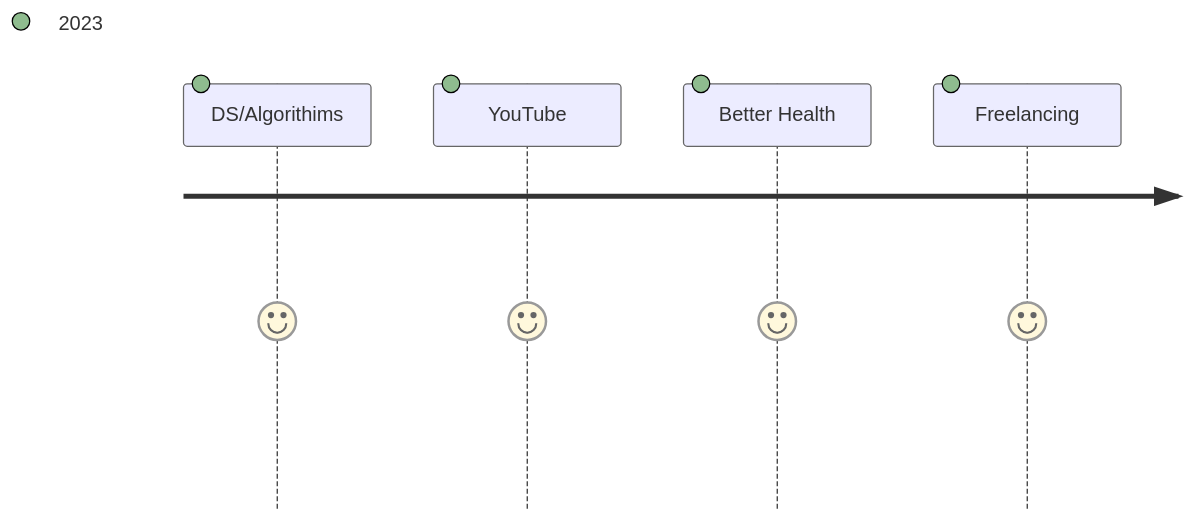
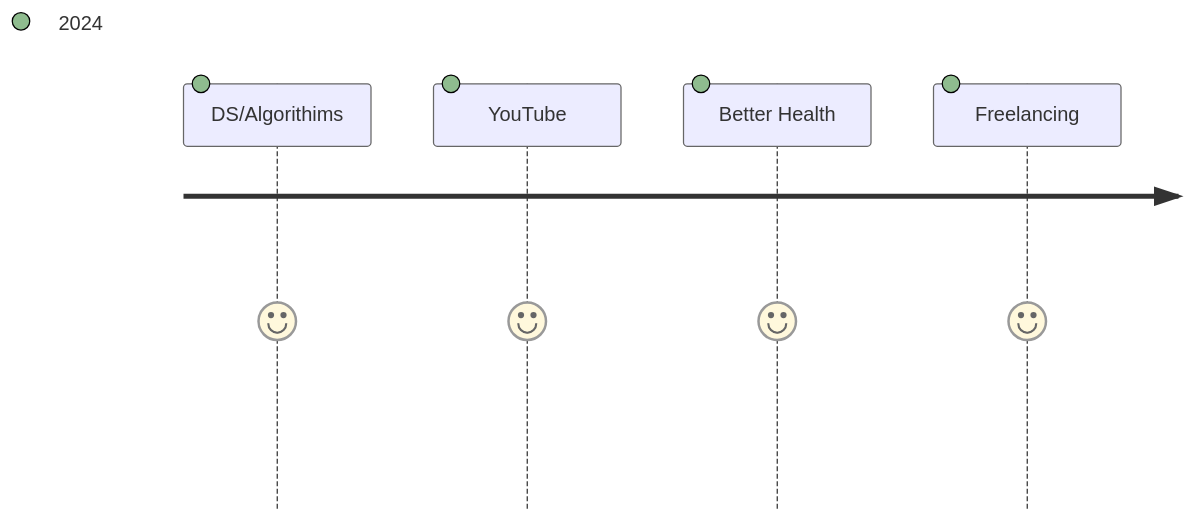
The first of 2 diagrams in README.md (p0lygun/p0lygun), drawn with Mermaid before and after one commit. The commit also changed other lines of this file, not shown here.

````diff
--- a/README.md
+++ b/README.md
@@ -37,7 +34,7 @@
 ```mermaid
 journey
-    DS/Algorithims:5:2023
-    YouTube:5:2023
-    Better Health:5:2023
-    Freelancing:5:2023
+    DS/Algorithims:5:2024
+    YouTube:5:2024
+    Better Health:5:2024
+    Freelancing:5:2024
 ```
````
